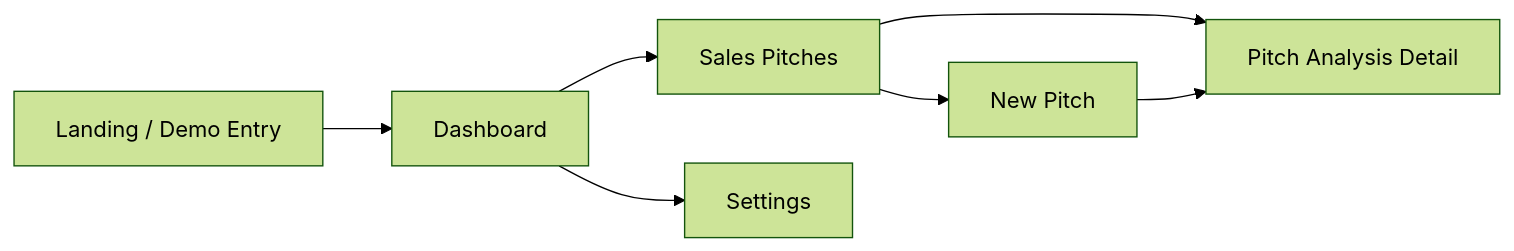
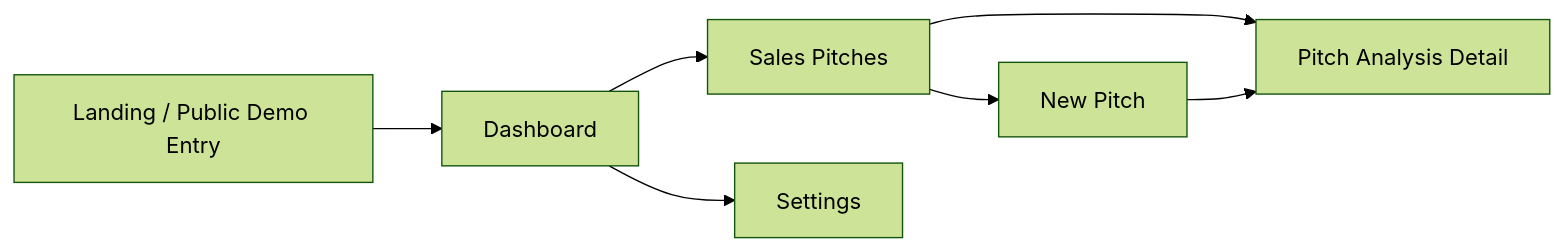
The diagram in README.md (regvedpande/PitchAnalysisDemo), drawn with Mermaid (forest theme) before and after one commit. The commit also changed other lines of this file, not shown here.

Commit message:
Update demo README

````diff
--- a/README.md
+++ b/README.md
@@ -17,9 +18,9 @@
 ```mermaid
 flowchart LR
-    A["Landing / Demo Entry"] --> B["Dashboard"]
+    A["Landing / Public Demo Entry"] --> B["Dashboard"]
     B --> C["Sales Pitches"]
     C --> D["Pitch Analysis Detail"]
     C --> E["New Pitch"]
     E --> D
     B --> F["Settings"]
 ```
````
